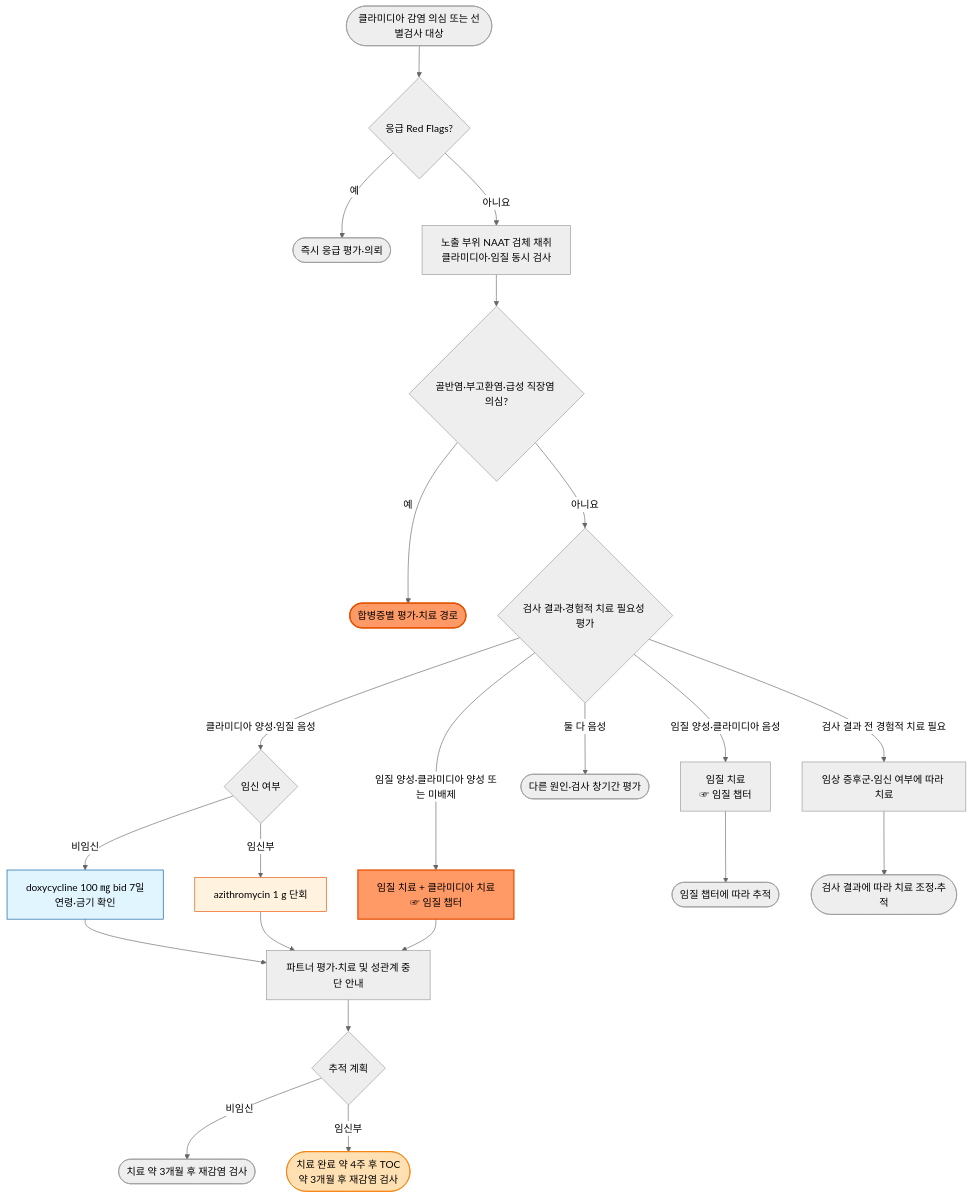
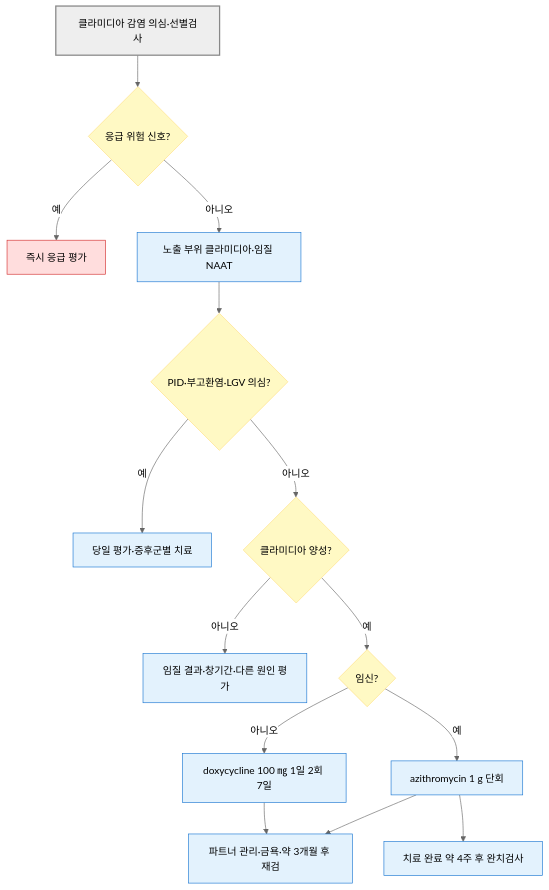
Before and after one commit to familyoh77/familyoh77: the diagram in 227_/115_-4.chlamydia.md, drawn with Mermaid (neutral theme). The commit also changed other lines of this file and 10 other files, not shown here.

````diff
--- a/227_/115_-4.chlamydia.md
+++ b/227_/115_-4.chlamydia.md
@@ -90,29 +90,23 @@
 ```mermaid
-graph TD
-    A([클라미디아 감염 의심 또는 선별검사 대상]) --> R{응급 Red Flags?}
-    R -->|예| S([즉시 응급 평가·의뢰])
-    R -->|아니요| B[노출 부위 NAAT 검체 채취<br/>클라미디아·임질 동시 검사]
-    B --> C{골반염·부고환염·급성 직장염 의심?}
-    C -->|예| X([합병증별 평가·치료 경로])
-    C -->|아니요| D{검사 결과·경험적 치료 필요성 평가}
-    D -->|클라미디아 양성·임질 음성| E{임신 여부}
-    D -->|임질 양성·클라미디아 양성 또는 미배제| F[임질 치료 + 클라미디아 치료<br/>☞ 임질 챕터]
-    D -->|임질 양성·클라미디아 음성| G[임질 치료<br/>☞ 임질 챕터]
-    D -->|둘 다 음성| H([다른 원인·검사 창기간 평가])
-    D -->|검사 결과 전 경험적 치료 필요| I[임상 증후군·임신 여부에 따라 치료]
-    E -->|비임신| J[doxycycline 100 ㎎ bid 7일<br/>연령·금기 확인]
-    E -->|임신부| K[azithromycin 1 g 단회]
-    J --> L[파트너 평가·치료 및 성관계 중단 안내]
+flowchart TD
+    A["클라미디아 감염 의심·선별검사"] --> B{"응급 위험 신호?"}
+    B -- "예" --> C["즉시 응급 평가"]
+    B -- "아니오" --> D["노출 부위 클라미디아·임질 NAAT"]
+    D --> E{"PID·부고환염·LGV 의심?"}
+    E -- "예" --> F["당일 평가·증후군별 치료"]
+    E -- "아니오" --> G{"클라미디아 양성?"}
+    G -- "아니오" --> H["임질 결과·창기간·다른 원인 평가"]
+    G -- "예" --> I{"임신?"}
+    I -- "아니오" --> J["doxycycline 100 ㎎ 1일 2회 7일"]
+    I -- "예" --> K["azithromycin 1 g 단회"]
+    J --> L["파트너 관리·금욕·약 3개월 후 재검"]
     K --> L
-    F --> L
-    G --> P([임질 챕터에 따라 추적])
-    I --> Q([검사 결과에 따라 치료 조정·추적])
-    L --> M{추적 계획}
-    M -->|비임신| N([치료 약 3개월 후 재감염 검사])
-    M -->|임신부| O([치료 완료 약 4주 후 TOC<br/>약 3개월 후 재감염 검사])
-    style X fill:#f96,stroke:#e65100,stroke-width:2px
-    style F fill:#f96,stroke:#e65100,stroke-width:2px
-    style J fill:#e1f5fe,stroke:#01579b
-    style K fill:#fff3e0,stroke:#e65100
-    style O fill:#ffe0b2,stroke:#f57c00
+    K --> M["치료 완료 약 4주 후 완치검사"]
+    classDef decision fill:#fff9c4,stroke:#ffe082
+    classDef danger fill:#ffdddd,stroke:#d32f2f
+    classDef action fill:#e3f2fd,stroke:#1976d2
+    class B,E,G,I decision
+    class C danger
+    class D,F,H,J,K,L,M action
+    style A fill:#eeeeee,stroke:#888888,stroke-width:2px
 ```
````
